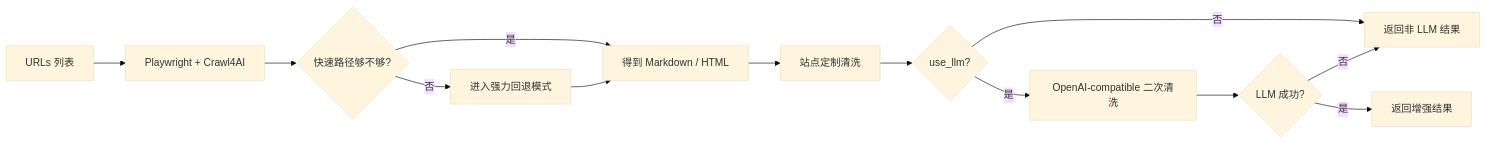
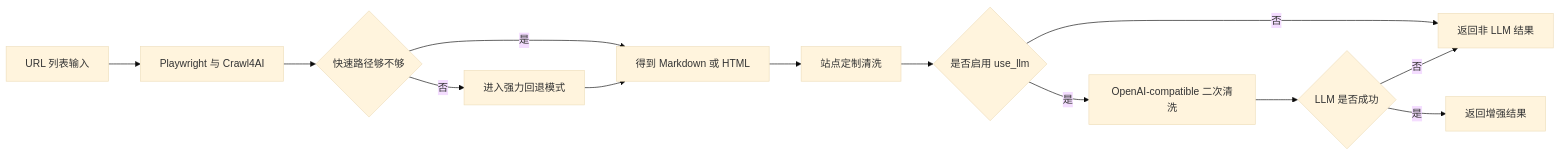
Before and after one commit to pazyork/crawl4ai-mcp: the diagram in README.zh-CN.md, drawn with Mermaid (base theme). The commit also changed other lines of this file and 2 other files, not shown here.

Commit message:
docs: fix mermaid rendering and refresh README voice
Ultraworked with [Sisyphus](https://github.com/code-yeongyu/oh-my-opencode)

````diff
--- a/README.zh-CN.md
+++ b/README.zh-CN.md
@@ -44,15 +44,15 @@
 ```mermaid
 flowchart LR
-    A[URLs 列表] --> B[Playwright + Crawl4AI]
-    B --> C{快速路径够不够?}
-    C -- 是 --> D[得到 Markdown / HTML]
+    A[URL 列表输入] --> B[Playwright 与 Crawl4AI]
+    B --> C{快速路径够不够}
+    C -- 是 --> D[得到 Markdown 或 HTML]
     C -- 否 --> E[进入强力回退模式]
     E --> D
     D --> F[站点定制清洗]
-    F --> G{use_llm?}
+    F --> G{是否启用 use_llm}
     G -- 否 --> H[返回非 LLM 结果]
     G -- 是 --> I[OpenAI-compatible 二次清洗]
-    I --> J{LLM 成功?}
+    I --> J{LLM 是否成功}
     J -- 是 --> K[返回增强结果]
     J -- 否 --> H
 ```
````
